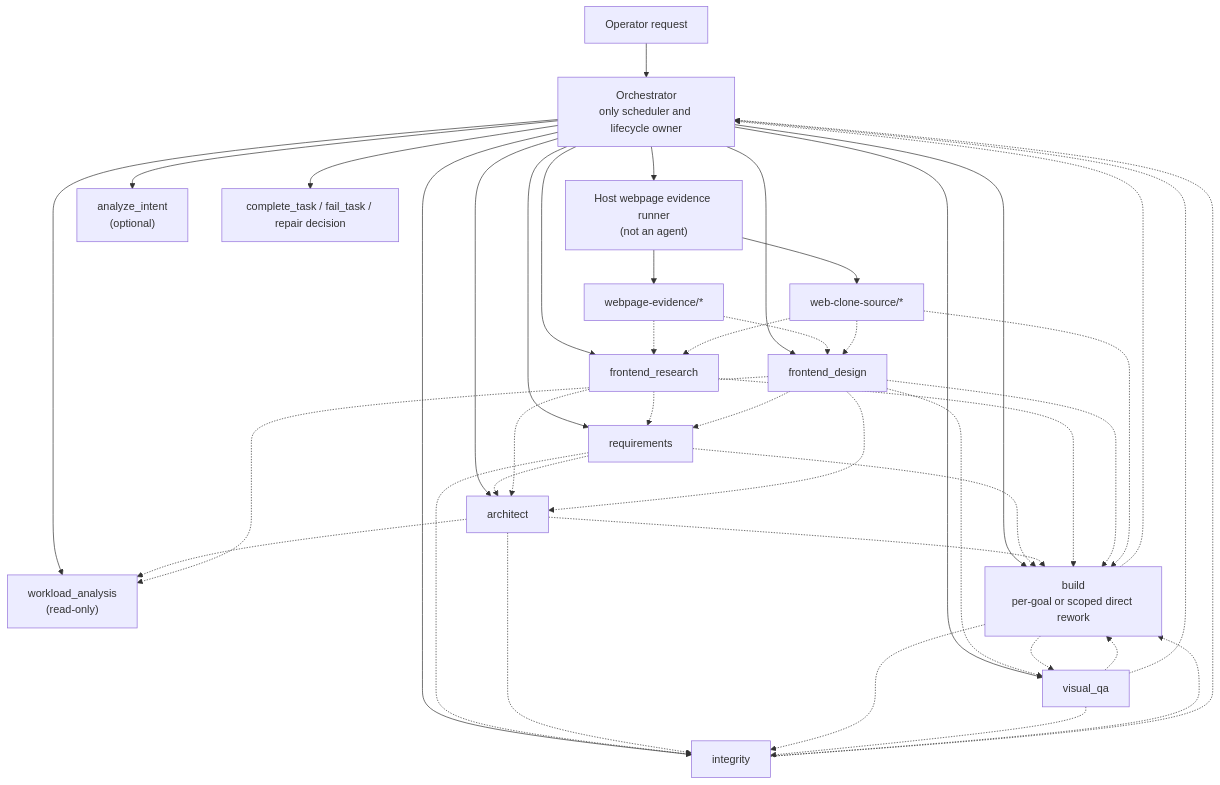
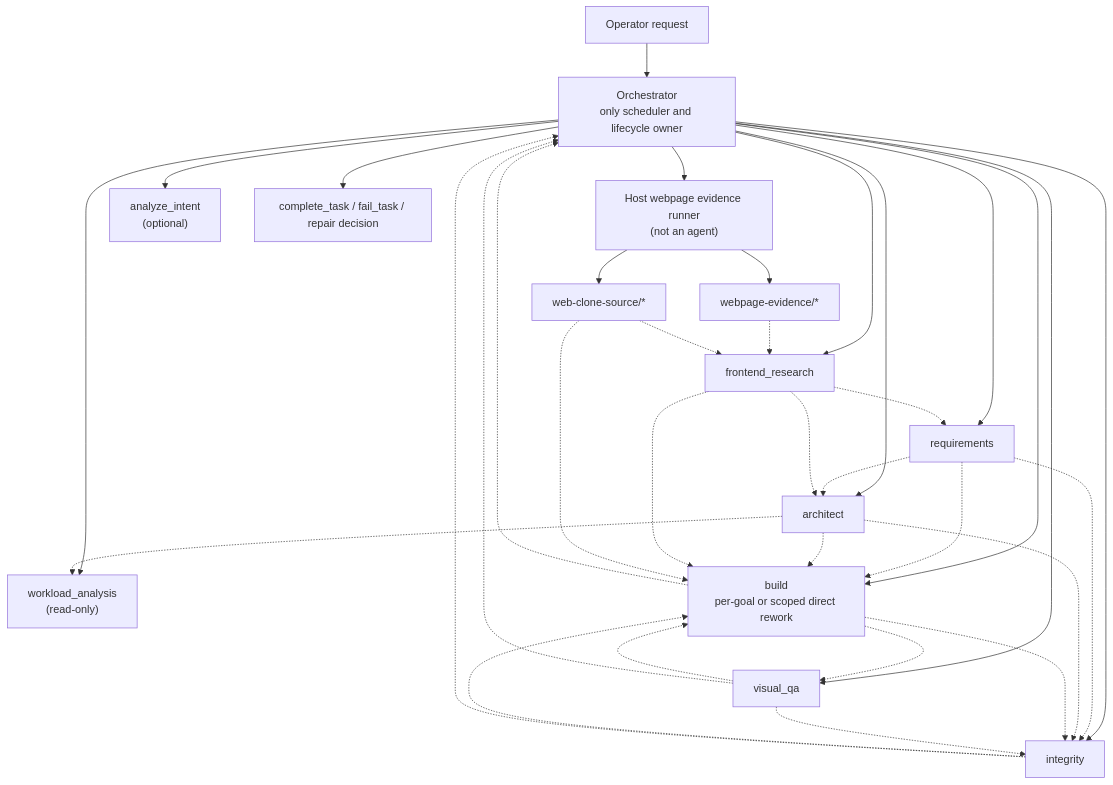
One commit to yangheng95/argus changed the first of 2 diagrams in specs/current/architecture/18-webpage-replica-agent-workflow.md. Above: the diagram before and after it, drawn with Mermaid. The commit also changed other lines of this file and 27 other files, not shown here.

Commit message:
dsw-33987 frontend innovate design ground truth

````diff
--- a/specs/current/architecture/18-webpage-replica-agent-workflow.md
+++ b/specs/current/architecture/18-webpage-replica-agent-workflow.md
@@ -99,60 +98,51 @@
 ```mermaid
 flowchart TD
   U["Operator request"]
   O["Orchestrator<br/>only scheduler and lifecycle owner"]
   H["Host webpage evidence runner<br/>(not an agent)"]
   WE["webpage-evidence/*"]
   WCS["web-clone-source/*"]
   FR["frontend_research"]
-  FD["frontend_design"]
   IA["analyze_intent<br/>(optional)"]
   R["requirements"]
   A["architect"]
   W["workload_analysis<br/>(read-only)"]
   B["build<br/>per-goal or scoped direct rework"]
   V["visual_qa"]
   IT["integrity"]
   L["complete_task / fail_task / repair decision"]
 
   U --> O
   O --> H
   H --> WE
   H --> WCS
   O --> FR
-  O --> FD
   WE -.-> FR
-  WE -.-> FD
   WCS -.-> FR
-  WCS -.-> FD
   O --> IA
   O --> R
   FR -.-> R
-  FD -.-> R
   O --> A
   R -.-> A
   FR -.-> A
-  FD -.-> A
   O --> W
   A -.-> W
-  FD -.-> W
   O --> B
   R -.-> B
   A -.-> B
   FR -.-> B
-  FD -.-> B
   WCS -.-> B
   O --> V
-  FD -.-> V
   B -.-> V
   O --> IT
   R -.-> IT
   A -.-> IT
   B -.-> IT
   V -.-> IT
   V -.-> B
   IT -.-> B
   V -.-> O
   IT -.-> O
   B -.-> O
   O --> L
 ```
````
